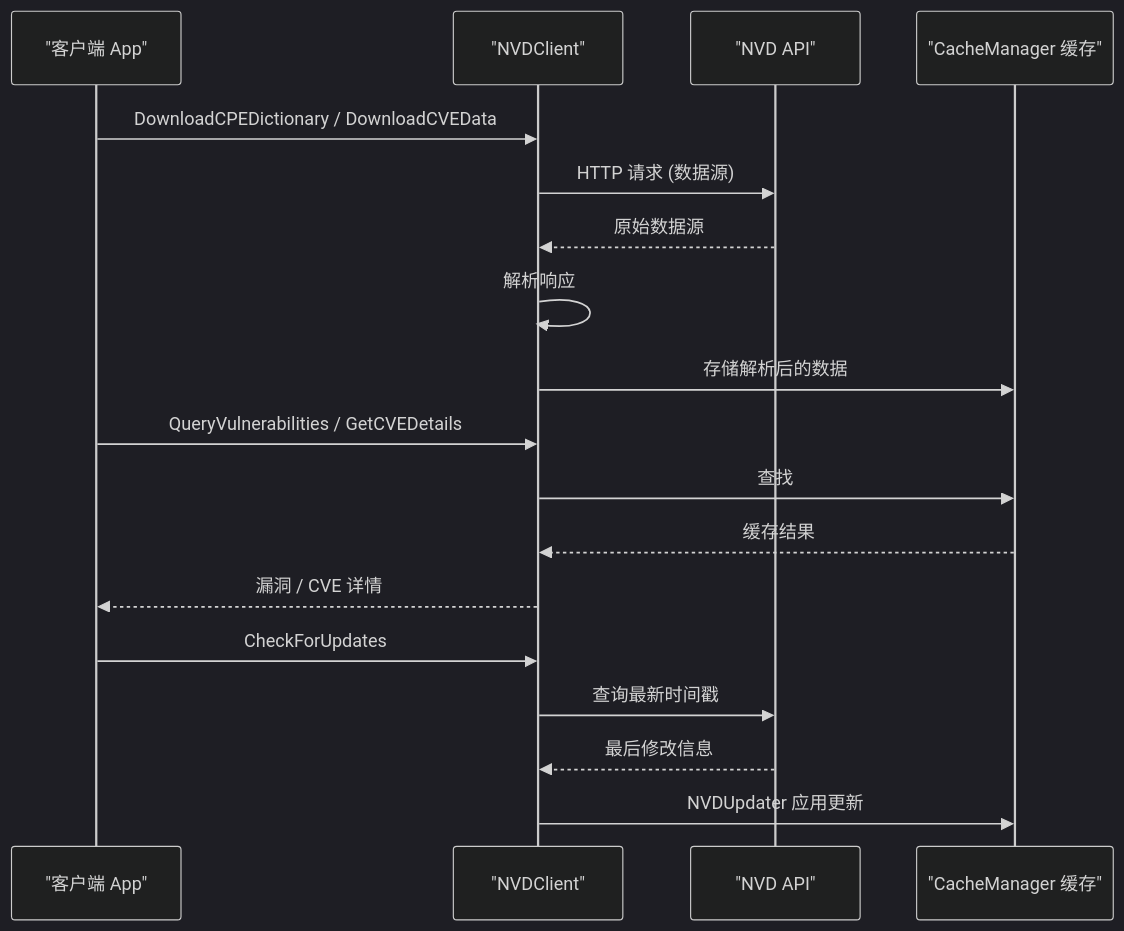
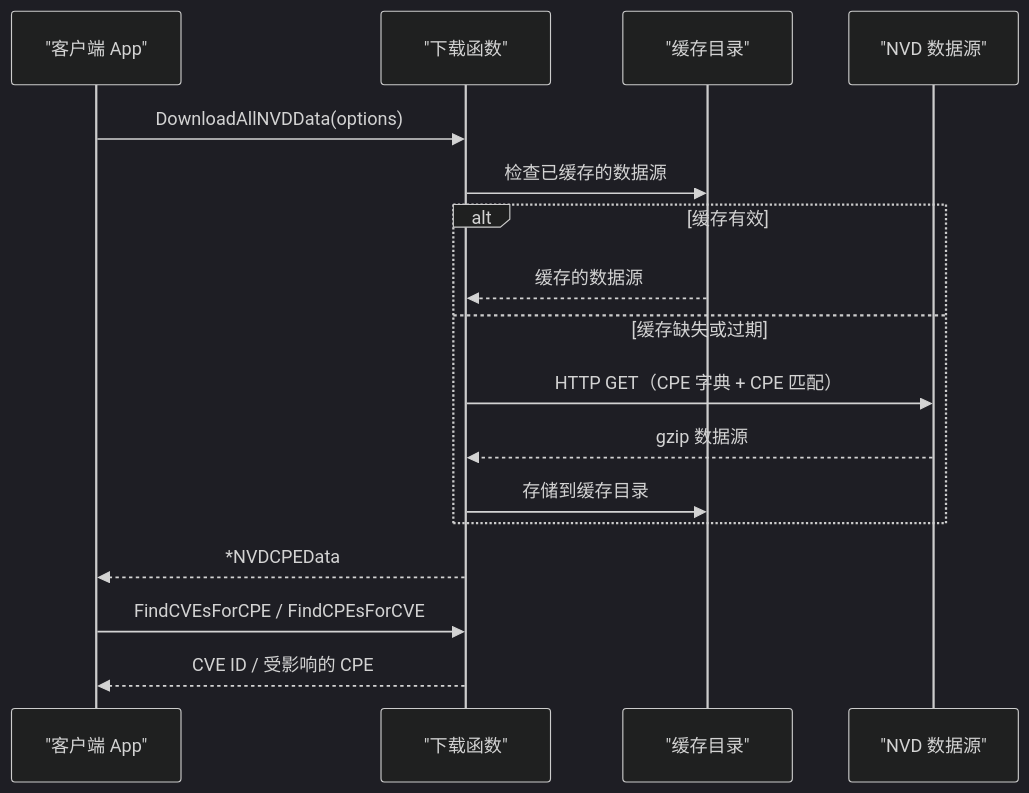
Before and after one commit to scagogogo/cpe-skills: the diagram in website/zh/api/nvd.md, drawn with Mermaid (dark theme). The commit also changed other lines of this file and 18 other files, not shown here.

````diff
--- a/website/zh/api/nvd.md
+++ b/website/zh/api/nvd.md
@@ -7,23 +7,21 @@
 ```mermaid
 sequenceDiagram
     participant App as "客户端 App"
-    participant Client as "NVDClient"
-    participant API as "NVD API"
-    participant Cache as "CacheManager 缓存"
+    participant DL as "下载函数"
+    participant Cache as "缓存目录"
+    participant NVD as "NVD 数据源"
 
-    App->>Client: DownloadCPEDictionary / DownloadCVEData
-    Client->>API: HTTP 请求 (数据源)
-    API-->>Client: 原始数据源
-    Client->>Client: 解析响应
-    Client->>Cache: 存储解析后的数据
+    App->>DL: DownloadAllNVDData(options)
+    DL->>Cache: 检查已缓存的数据源
+    alt 缓存有效
+        Cache-->>DL: 缓存的数据源
+    else 缓存缺失或过期
+        DL->>NVD: HTTP GET（CPE 字典 + CPE 匹配）
+        NVD-->>DL: gzip 数据源
+        DL->>Cache: 存储到缓存目录
+    end
+    DL-->>App: *NVDCPEData
 
-    App->>Client: QueryVulnerabilities / GetCVEDetails
-    Client->>Cache: 查找
-    Cache-->>Client: 缓存结果
-    Client-->>App: 漏洞 / CVE 详情
-
-    App->>Client: CheckForUpdates
-    Client->>API: 查询最新时间戳
-    API-->>Client: 最后修改信息
-    Client->>Cache: NVDUpdater 应用更新
+    App->>DL: FindCVEsForCPE / FindCPEsForCVE
+    DL-->>App: CVE ID / 受影响的 CPE
 ```
````
